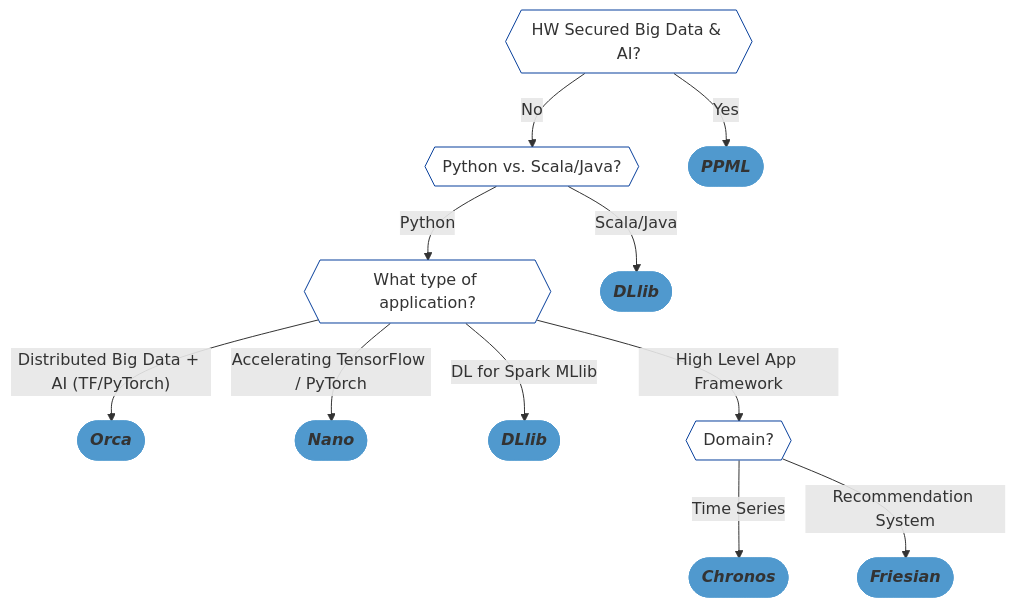
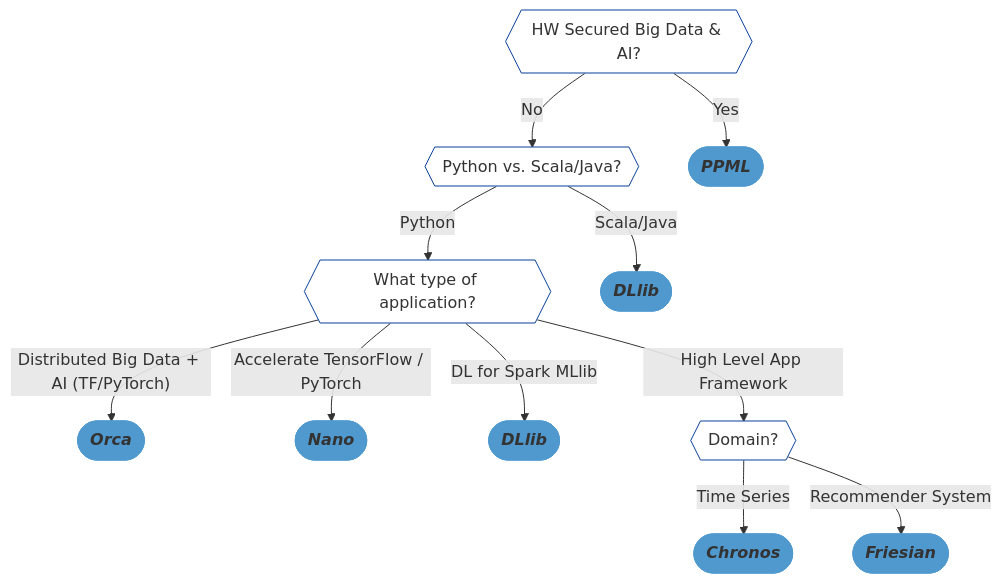
Before and after one commit to intel-analytics/ipex-llm: the diagram in README.md, drawn with Mermaid. The commit also changed other lines of this file, not shown here.

````diff
--- a/README.md
+++ b/README.md
@@ -30,28 +30,28 @@
 ```mermaid
 flowchart TD;
     Feature1{{HW Secured Big Data & AI?}};
     Feature1-- No -->Feature2{{Python vs. Scala/Java?}};
     Feature1-- "Yes"  -->ReferPPML([<em><strong>PPML</strong></em>]);
     Feature2-- Python -->Feature3{{What type of application?}};
     Feature2-- Scala/Java -->ReferDLlib([<em><strong>DLlib</strong></em>]);
     Feature3-- "Distributed Big Data + AI (TF/PyTorch)" -->ReferOrca([<em><strong>Orca</strong></em>]);
-    Feature3-- Accelerating TensorFlow / PyTorch -->ReferNano([<em><strong>Nano</strong></em>]);
+    Feature3-- Accelerate TensorFlow / PyTorch -->ReferNano([<em><strong>Nano</strong></em>]);
     Feature3-- DL for Spark MLlib -->ReferDLlib2([<em><strong>DLlib</strong></em>]);
     Feature3-- High Level App Framework -->Feature4{{Domain?}};
     Feature4-- Time Series -->ReferChronos([<em><strong>Chronos</strong></em>]);
-    Feature4-- Recommendation System -->ReferFriesian([<em><strong>Friesian</strong></em>]);
+    Feature4-- Recommender System -->ReferFriesian([<em><strong>Friesian</strong></em>]);
     
     click ReferNano "https://github.com/intel-analytics/bigdl#nano"
     click ReferOrca "https://github.com/intel-analytics/bigdl#orca"
     click ReferDLlib "https://github.com/intel-analytics/bigdl#dllib"
     click ReferDLlib2 "https://github.com/intel-analytics/bigdl#dllib"
     click ReferChronos "https://github.com/intel-analytics/bigdl#chronos"
     click ReferFriesian "https://github.com/intel-analytics/bigdl#friesian"
     click ReferPPML "https://github.com/intel-analytics/bigdl#ppml"
     
     classDef ReferStyle1 fill:#5099ce,stroke:#5099ce;
     classDef Feature fill:#FFF,stroke:#08409c,stroke-width:1px;
     class ReferNano,ReferOrca,ReferDLlib,ReferDLlib2,ReferChronos,ReferFriesian,ReferPPML ReferStyle1;
     class Feature1,Feature2,Feature3,Feature4,Feature5,Feature6,Feature7 Feature;
     
 ```
````
